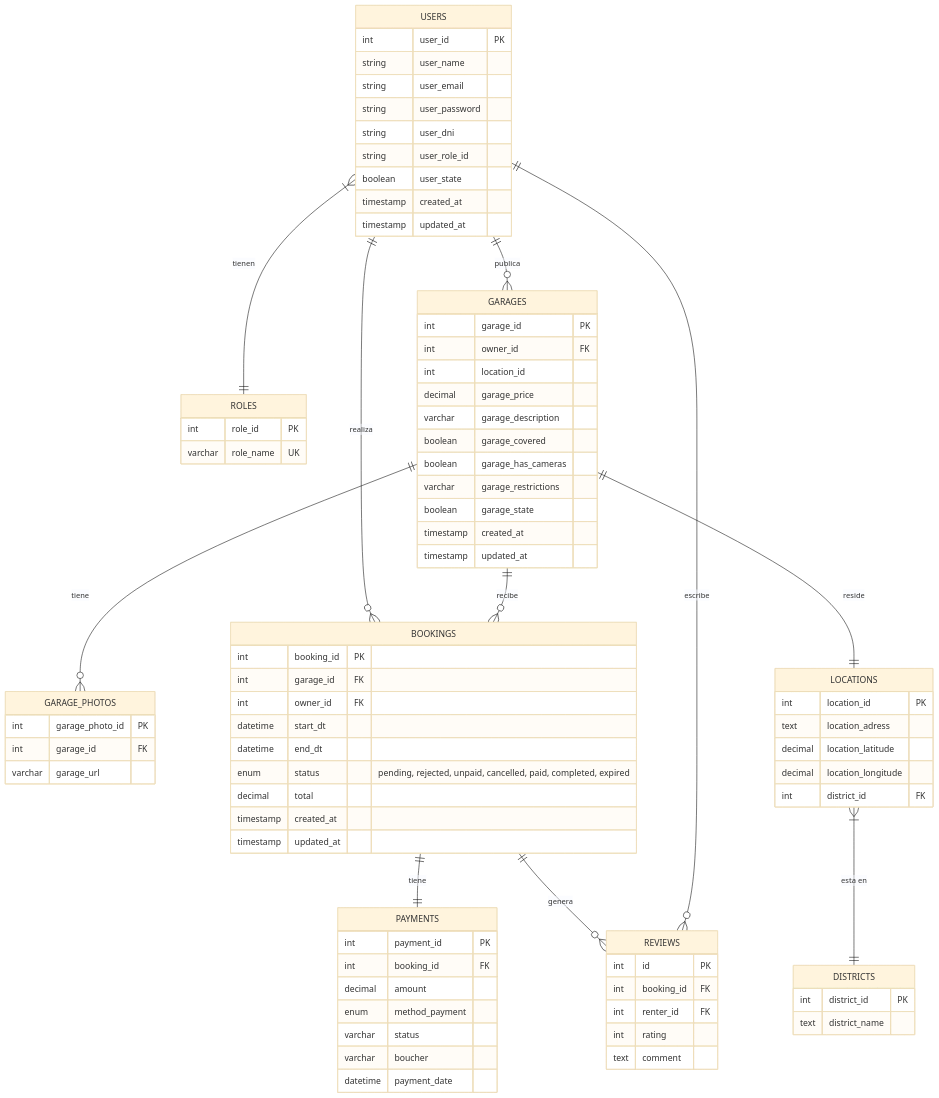
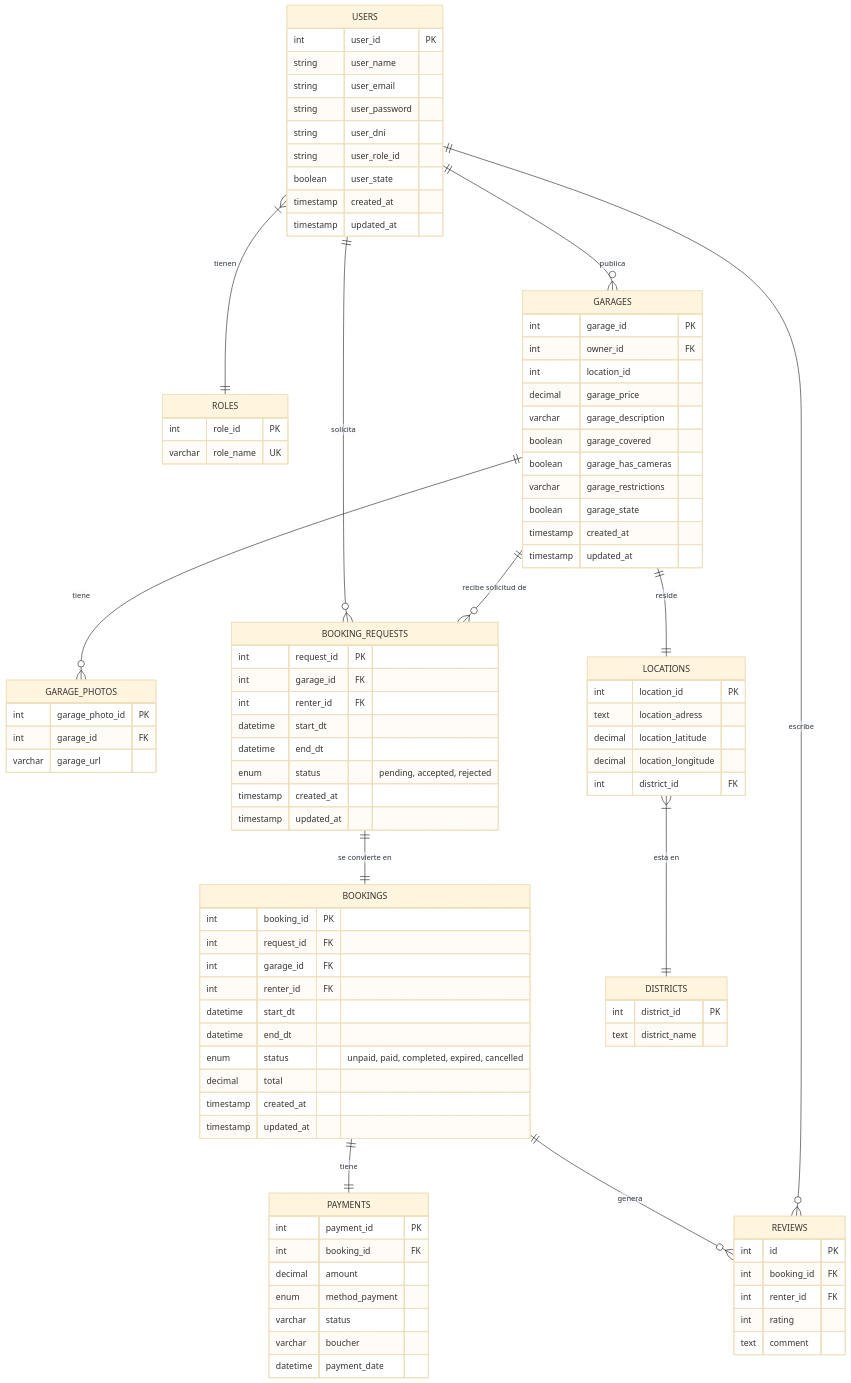
The diagram in docs/models/erd.mmd (BrayanYinLin/estaciona-ya), drawn with Mermaid (base theme) before and after one commit. The commit also changed other lines of this file, not shown here.

Commit message:
fix(docs): erd diagram mermaid

```diff
--- a/docs/models/erd.mmd
+++ b/docs/models/erd.mmd
@@ -1,93 +1,107 @@
 erDiagram
     USERS {
         int user_id PK
         string user_name
         string user_email
         string user_password
         string user_dni
         string user_role_id
         boolean user_state
         timestamp created_at
         timestamp updated_at
     }
 
     ROLES {
        int role_id PK
        varchar role_name UK
     }
 
     GARAGES {
         int garage_id PK
         int owner_id FK
         int location_id
         decimal garage_price
         varchar garage_description
         boolean garage_covered
         boolean garage_has_cameras
         varchar garage_restrictions
         boolean garage_state
         timestamp created_at
         timestamp updated_at
     }
 
     GARAGE_PHOTOS {
         int garage_photo_id PK
         int garage_id FK
         varchar garage_url
     }
 
+    BOOKING_REQUESTS {
+        int request_id PK
+        int garage_id FK
+        int renter_id FK
+        datetime start_dt
+        datetime end_dt
+        enum status "pending, accepted, rejected"
+        timestamp created_at
+        timestamp updated_at
+    }
+
     BOOKINGS {
         int booking_id PK
+        int request_id FK
         int garage_id FK
-        int owner_id FK
+        int renter_id FK
         datetime start_dt
         datetime end_dt
-        enum status "pending, rejected, unpaid, cancelled, paid, completed, expired"
+        enum status "unpaid, paid, completed, expired, cancelled"
         decimal total
         timestamp created_at
         timestamp updated_at
     }
 
     PAYMENTS {
         int payment_id PK
         int booking_id FK
         decimal amount
         enum method_payment
         varchar status
         varchar boucher
         datetime payment_date
     }
 
     REVIEWS {
         int id PK
         int booking_id FK
         int renter_id FK
         int rating
         text comment
     }
 
     DISTRICTS {
         int district_id PK
         text district_name
     }
     
     LOCATIONS {
         int location_id PK
         text location_adress
         decimal location_latitude
         decimal location_longitude
         int district_id FK
     }
 
     USERS ||--o{ GARAGES : "publica"
-    USERS ||--o{ BOOKINGS : "realiza"
+    USERS ||--o{ BOOKING_REQUESTS : "solicita"
     USERS  }|--|| ROLES: "tienen"
     
-    GARAGES ||--o{ BOOKINGS : "recibe"
+    GARAGES ||--o{ BOOKING_REQUESTS : "recibe solicitud de"
     GARAGES ||--o{ GARAGE_PHOTOS : "tiene"
     GARAGES ||--|| LOCATIONS : "reside"
+
+    BOOKING_REQUESTS ||--|| BOOKINGS : "se convierte en"
     
     BOOKINGS ||--|| PAYMENTS : "tiene"
     BOOKINGS ||--o{ REVIEWS : "genera"
     USERS ||--o{ REVIEWS : "escribe"
     LOCATIONS }|--|| DISTRICTS: "esta en"
```
